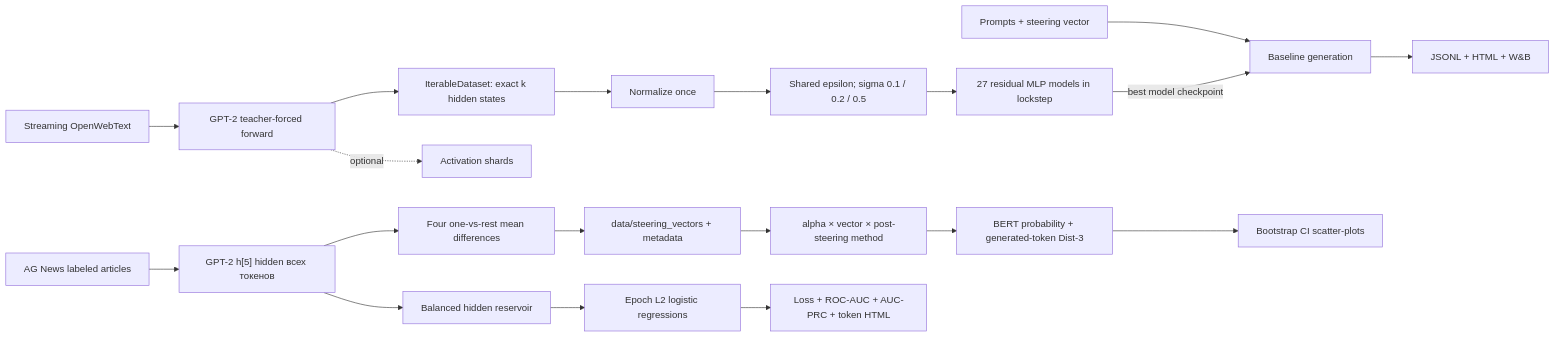
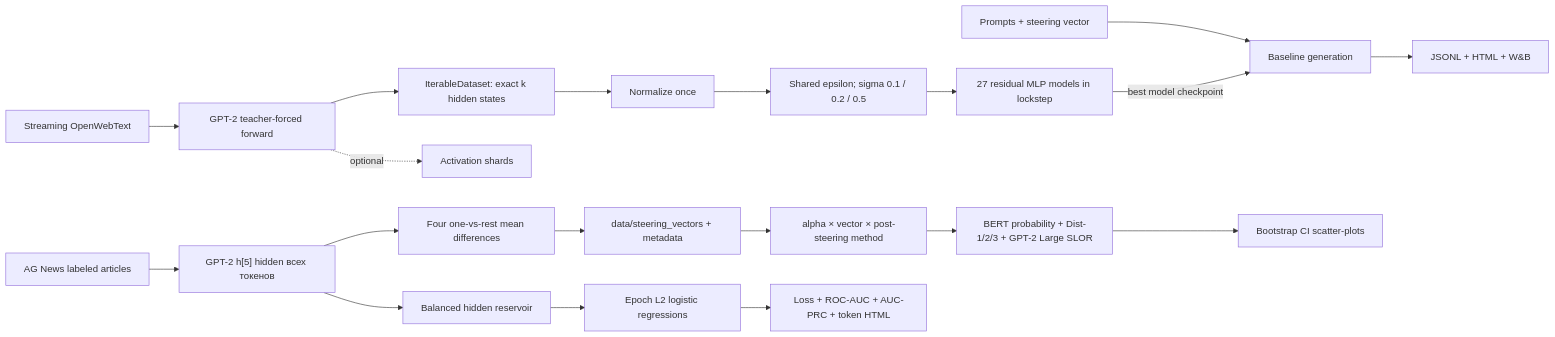
The diagram in docs/architecture.md (MichaelNotDeveloper/steering-recovery), drawn with Mermaid before and after one commit. The commit also changed 11 other files, not shown here.

Commit message:
Add Dist-N and SLOR benchmark metrics

````diff
--- a/docs/architecture.md
+++ b/docs/architecture.md
@@ -59,21 +59,21 @@
 ```mermaid
 flowchart LR
     A["Streaming OpenWebText"] --> B["GPT-2 teacher-forced forward"]
     B --> C["IterableDataset: exact k hidden states"]
     C --> D["Normalize once"]
     D --> E["Shared epsilon; sigma 0.1 / 0.2 / 0.5"]
     E --> J["27 residual MLP models in lockstep"]
     B -. "optional" .-> I["Activation shards"]
     F["Prompts + steering vector"] --> G["Baseline generation"]
     J -->|"best model checkpoint"| G
     G --> H["JSONL + HTML + W&B"]
     K["AG News labeled articles"] --> L["GPT-2 h[5] hidden всех токенов"]
     L --> M["Four one-vs-rest mean differences"]
     M --> N["data/steering_vectors + metadata"]
     N --> O["alpha × vector × post-steering method"]
-    O --> P["BERT probability + generated-token Dist-3"]
+    O --> P["BERT probability + Dist-1/2/3 + GPT-2 Large SLOR"]
     P --> Q["Bootstrap CI scatter-plots"]
     L --> R["Balanced hidden reservoir"]
     R --> S["Epoch L2 logistic regressions"]
     S --> T["Loss + ROC-AUC + AUC-PRC + token HTML"]
 ```
````
